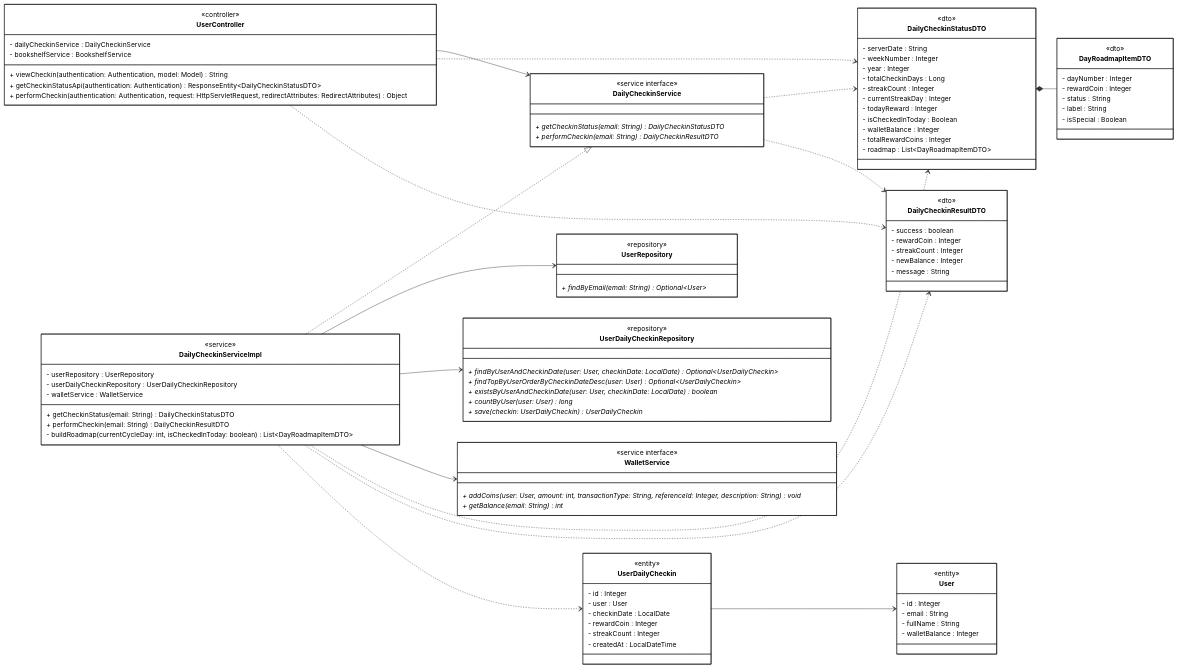
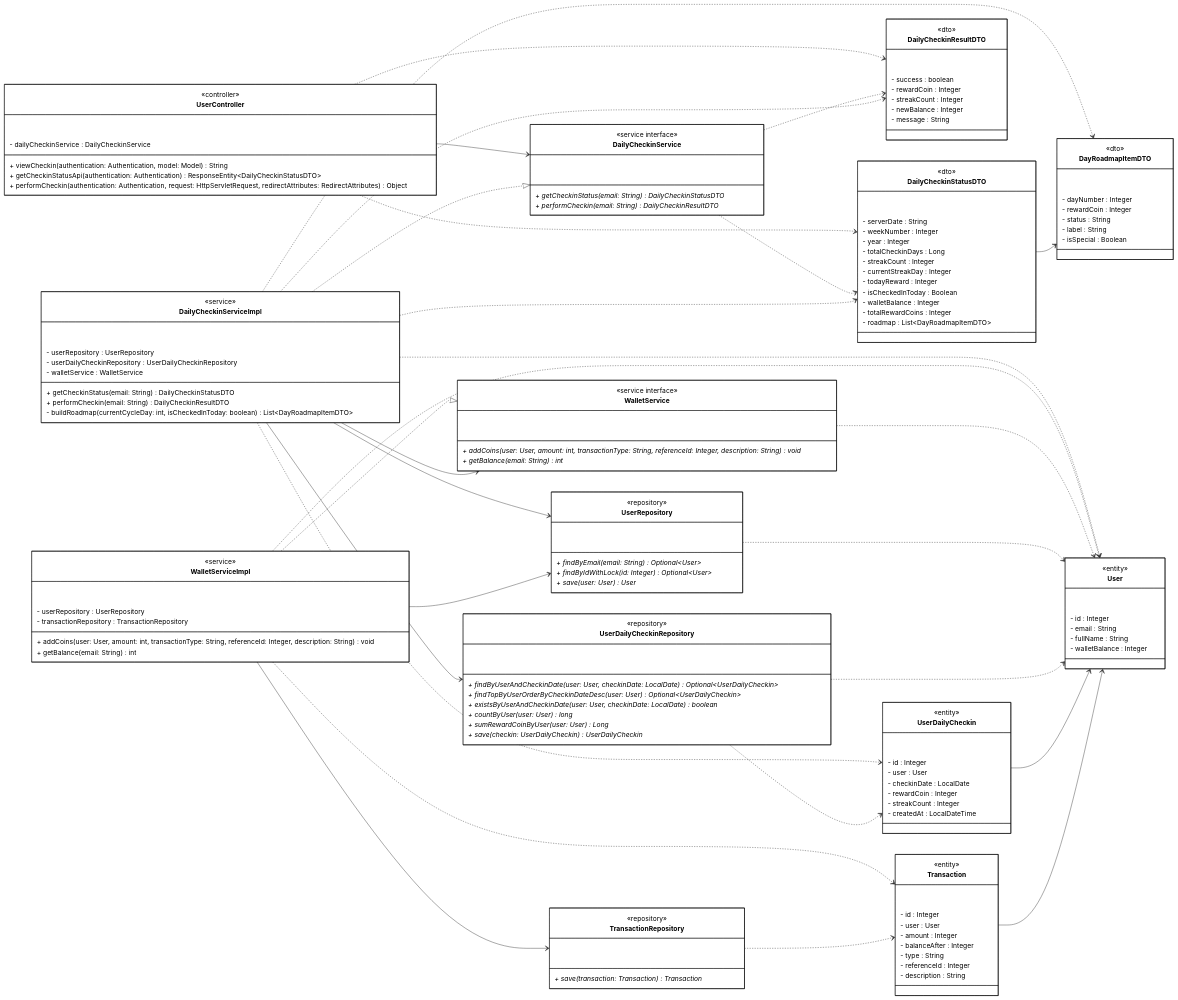
The diagram in docs/diagrams/class_mermaid/cls_mm_uc32_daily_checkin.mmd (Phuoctai228/tram-truyen), drawn with Mermaid before and after one commit. The commit also changed 85 other files, not shown here.

```diff
--- a/docs/diagrams/class_mermaid/cls_mm_uc32_daily_checkin.mmd
+++ b/docs/diagrams/class_mermaid/cls_mm_uc32_daily_checkin.mmd
@@ -1,118 +1,182 @@
 classDiagram
-direction LR
+    direction LR
 
-class UserController {
-    <<controller>>
-    - dailyCheckinService : DailyCheckinService
-    - bookshelfService : BookshelfService
-    + viewCheckin(authentication: Authentication, model: Model) String
-    + getCheckinStatusApi(authentication: Authentication) ResponseEntity~DailyCheckinStatusDTO~
-    + performCheckin(authentication: Authentication, request: HttpServletRequest, redirectAttributes: RedirectAttributes) Object
-}
+    class UserController {
+        <<controller>>
+        ⠀
+        ⠀⠀
+        - dailyCheckinService : DailyCheckinService
+        + viewCheckin(authentication: Authentication, model: Model) String
+        + getCheckinStatusApi(authentication: Authentication) ResponseEntity~DailyCheckinStatusDTO~
+        + performCheckin(authentication: Authentication, request: HttpServletRequest, redirectAttributes: RedirectAttributes) Object
+    }
 
-class DailyCheckinService {
-    <<service interface>>
-    + getCheckinStatus(email: String) DailyCheckinStatusDTO*
-    + performCheckin(email: String) DailyCheckinResultDTO*
-}
+    class DailyCheckinService {
+        <<service interface>>
+        ⠀
+        ⠀⠀
+        + getCheckinStatus(email: String) DailyCheckinStatusDTO*
+        + performCheckin(email: String) DailyCheckinResultDTO*
+    }
 
-class DailyCheckinServiceImpl {
-    <<service>>
-    - userRepository : UserRepository
-    - userDailyCheckinRepository : UserDailyCheckinRepository
-    - walletService : WalletService
-    + getCheckinStatus(email: String) DailyCheckinStatusDTO
-    + performCheckin(email: String) DailyCheckinResultDTO
-    - buildRoadmap(currentCycleDay: int, isCheckedInToday: boolean) List~DayRoadmapItemDTO~
-}
+    class DailyCheckinServiceImpl {
+        <<service>>
+        ⠀
+        ⠀⠀
+        - userRepository : UserRepository
+        - userDailyCheckinRepository : UserDailyCheckinRepository
+        - walletService : WalletService
+        + getCheckinStatus(email: String) DailyCheckinStatusDTO
+        + performCheckin(email: String) DailyCheckinResultDTO
+        - buildRoadmap(currentCycleDay: int, isCheckedInToday: boolean) List~DayRoadmapItemDTO~
+    }
 
-class WalletService {
-    <<service interface>>
-    + addCoins(user: User, amount: int, transactionType: String, referenceId: Integer, description: String) void*
-    + getBalance(email: String) int*
-}
+    class WalletService {
+        <<service interface>>
+        ⠀
+        ⠀⠀
+        + addCoins(user: User, amount: int, transactionType: String, referenceId: Integer, description: String) void*
+        + getBalance(email: String) int*
+    }
 
-class UserRepository {
-    <<repository>>
-    + findByEmail(email: String) Optional~User~*
-}
+    class WalletServiceImpl {
+        <<service>>
+        ⠀
+        ⠀⠀
+        - userRepository : UserRepository
+        - transactionRepository : TransactionRepository
+        + addCoins(user: User, amount: int, transactionType: String, referenceId: Integer, description: String) void
+        + getBalance(email: String) int
+    }
 
-class UserDailyCheckinRepository {
-    <<repository>>
-    + findByUserAndCheckinDate(user: User, checkinDate: LocalDate) Optional~UserDailyCheckin~*
-    + findTopByUserOrderByCheckinDateDesc(user: User) Optional~UserDailyCheckin~*
-    + existsByUserAndCheckinDate(user: User, checkinDate: LocalDate) boolean*
-    + countByUser(user: User) long*
-    + save(checkin: UserDailyCheckin) UserDailyCheckin*
-}
+    class DailyCheckinStatusDTO {
+        <<dto>>
+        ⠀
+        ⠀⠀
+        - serverDate : String
+        - weekNumber : Integer
+        - year : Integer
+        - totalCheckinDays : Long
+        - streakCount : Integer
+        - currentStreakDay : Integer
+        - todayReward : Integer
+        - isCheckedInToday : Boolean
+        - walletBalance : Integer
+        - totalRewardCoins : Integer
+        - roadmap : List~DayRoadmapItemDTO~
+    }
 
-class DailyCheckinStatusDTO {
-    <<dto>>
-    - serverDate : String
-    - weekNumber : Integer
-    - year : Integer
-    - totalCheckinDays : Long
-    - streakCount : Integer
-    - currentStreakDay : Integer
-    - todayReward : Integer
-    - isCheckedInToday : Boolean
-    - walletBalance : Integer
-    - totalRewardCoins : Integer
-    - roadmap : List~DayRoadmapItemDTO~
-}
+    class DayRoadmapItemDTO {
+        <<dto>>
+        ⠀
+        ⠀⠀
+        - dayNumber : Integer
+        - rewardCoin : Integer
+        - status : String
+        - label : String
+        - isSpecial : Boolean
+    }
 
-class DayRoadmapItemDTO {
-    <<dto>>
-    - dayNumber : Integer
-    - rewardCoin : Integer
-    - status : String
-    - label : String
-    - isSpecial : Boolean
-}
+    class DailyCheckinResultDTO {
+        <<dto>>
+        ⠀
+        ⠀⠀
+        - success : boolean
+        - rewardCoin : Integer
+        - streakCount : Integer
+        - newBalance : Integer
+        - message : String
+    }
 
-class DailyCheckinResultDTO {
-    <<dto>>
-    - success : boolean
-    - rewardCoin : Integer
-    - streakCount : Integer
-    - newBalance : Integer
-    - message : String
-}
+    class UserRepository {
+        <<repository>>
+        ⠀
+        ⠀⠀
+        + findByEmail(email: String) Optional~User~*
+        + findByIdWithLock(id: Integer) Optional~User~*
+        + save(user: User) User*
+    }
 
-class UserDailyCheckin {
-    <<entity>>
-    - id : Integer
-    - user : User
-    - checkinDate : LocalDate
-    - rewardCoin : Integer
-    - streakCount : Integer
-    - createdAt : LocalDateTime
-}
+    class UserDailyCheckinRepository {
+        <<repository>>
+        ⠀
+        ⠀⠀
+        + findByUserAndCheckinDate(user: User, checkinDate: LocalDate) Optional~UserDailyCheckin~*
+        + findTopByUserOrderByCheckinDateDesc(user: User) Optional~UserDailyCheckin~*
+        + existsByUserAndCheckinDate(user: User, checkinDate: LocalDate) boolean*
+        + countByUser(user: User) long*
+        + sumRewardCoinByUser(user: User) Long*
+        + save(checkin: UserDailyCheckin) UserDailyCheckin*
+    }
 
-class User {
-    <<entity>>
-    - id : Integer
-    - email : String
-    - fullName : String
-    - walletBalance : Integer
-}
+    class TransactionRepository {
+        <<repository>>
+        ⠀
+        ⠀⠀
+        + save(transaction: Transaction) Transaction*
+    }
 
-UserController --> DailyCheckinService
-DailyCheckinServiceImpl ..|> DailyCheckinService
+    class UserDailyCheckin {
+        <<entity>>
+        ⠀
+        ⠀⠀
+        - id : Integer
+        - user : User
+        - checkinDate : LocalDate
+        - rewardCoin : Integer
+        - streakCount : Integer
+        - createdAt : LocalDateTime
+    }
 
-DailyCheckinServiceImpl --> UserRepository
-DailyCheckinServiceImpl --> UserDailyCheckinRepository
-DailyCheckinServiceImpl --> WalletService
+    class Transaction {
+        <<entity>>
+        ⠀
+        ⠀⠀
+        - id : Integer
+        - user : User
+        - amount : Integer
+        - balanceAfter : Integer
+        - type : String
+        - referenceId : Integer
+        - description : String
+    }
 
-UserController ..> DailyCheckinStatusDTO
-UserController ..> DailyCheckinResultDTO
-DailyCheckinService ..> DailyCheckinStatusDTO
-DailyCheckinService ..> DailyCheckinResultDTO
-DailyCheckinServiceImpl ..> DailyCheckinStatusDTO
-DailyCheckinServiceImpl ..> DailyCheckinResultDTO
-DailyCheckinServiceImpl ..> UserDailyCheckin
+    class User {
+        <<entity>>
+        ⠀
+        ⠀⠀
+        - id : Integer
+        - email : String
+        - fullName : String
+        - walletBalance : Integer
+    }
 
-DailyCheckinStatusDTO *-- DayRoadmapItemDTO
-UserDailyCheckin --> User
+    UserController --> DailyCheckinService
+    UserController ..> DailyCheckinStatusDTO
+    UserController ..> DailyCheckinResultDTO
+    DailyCheckinServiceImpl ..|> DailyCheckinService
+    WalletServiceImpl ..|> WalletService
+    DailyCheckinService ..> DailyCheckinStatusDTO
+    DailyCheckinService ..> DailyCheckinResultDTO
+    DailyCheckinServiceImpl --> UserRepository
+    DailyCheckinServiceImpl --> UserDailyCheckinRepository
+    DailyCheckinServiceImpl --> WalletService
+    DailyCheckinServiceImpl ..> DailyCheckinStatusDTO
+    DailyCheckinServiceImpl ..> DayRoadmapItemDTO
+    DailyCheckinServiceImpl ..> DailyCheckinResultDTO
+    DailyCheckinServiceImpl ..> UserDailyCheckin
+    DailyCheckinServiceImpl ..> User
+    WalletServiceImpl --> UserRepository
+    WalletServiceImpl --> TransactionRepository
+    WalletServiceImpl ..> User
+    WalletServiceImpl ..> Transaction
+    WalletService ..> User
+    DailyCheckinStatusDTO --> DayRoadmapItemDTO
+    UserRepository ..> User
+    UserDailyCheckinRepository ..> UserDailyCheckin
+    UserDailyCheckinRepository ..> User
+    TransactionRepository ..> Transaction
+    UserDailyCheckin --> User
+    Transaction --> User
 
-classDef default fill:#FFFFFF,stroke:#000000,stroke-width:1px,color:#000000
+    classDef default fill:#FFFFFF,stroke:#000000,stroke-width:1px,color:#000000
```
